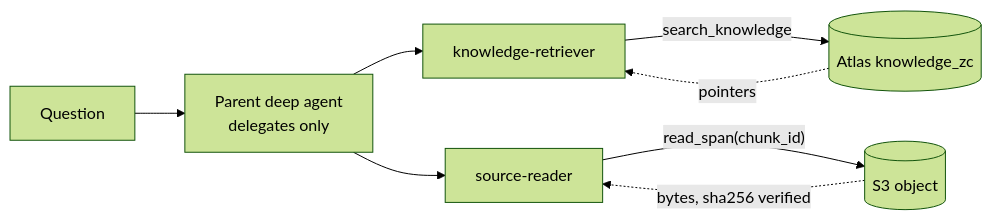
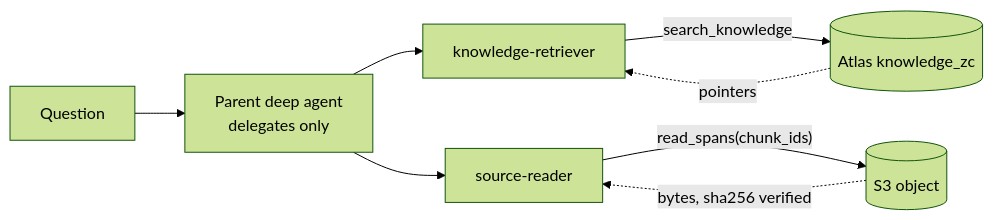
Before and after one commit to mohammaddaoudfarooqi/zero-copy-rag: the third of 3 diagrams in README.md, drawn with Mermaid (forest theme). The commit also changed other lines of this file and 7 other files, not shown here.

````diff
--- a/README.md
+++ b/README.md
@@ -171,10 +172,10 @@
 ```mermaid
 flowchart LR
     Q[Question] --> P[Parent deep agent<br/>delegates only]
     P --> R[knowledge-retriever]
     P --> D[source-reader]
     R -->|search_knowledge| ATL[(Atlas knowledge_zc)]
-    D -->|"read_span(chunk_id)"| S3[(S3 object)]
+    D -->|"read_spans(chunk_ids)"| S3[(S3 object)]
     ATL -.->|pointers| R
     S3 -.->|bytes, sha256 verified| D
 ```
````
